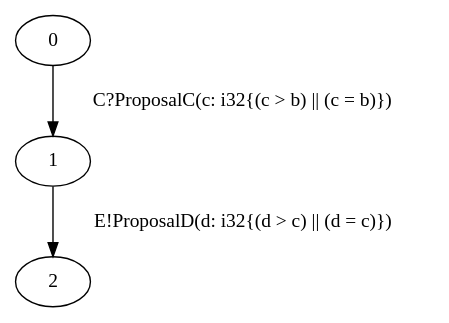
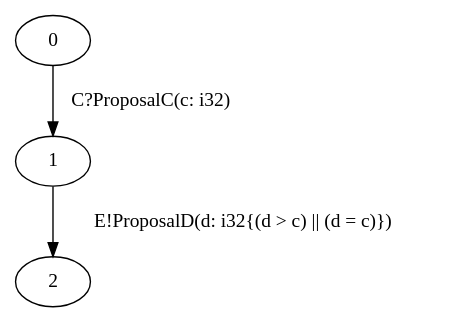
Before and after one commit to qixi5703/rumpsteak: the diagram in examples/Running examples/ring_max/D_expected.dot, drawn with Graphviz. The commit also changed other lines of this file and 7 other files, not shown here.

```diff
--- a/examples/Running examples/ring_max/D_expected.dot
+++ b/examples/Running examples/ring_max/D_expected.dot
@@ -1,11 +1,10 @@
 digraph D {
   0;
   1;
   2;
   
   
-  0 -> 1 [label="C?ProposalC(c: i32{(c > b) || (c = b)})",
-          ];
+  0 -> 1 [label="C?ProposalC(c: i32)", ];
   1 -> 2 [label="E!ProposalD(d: i32{(d > c) || (d = c)})", ];
   
   }
```
